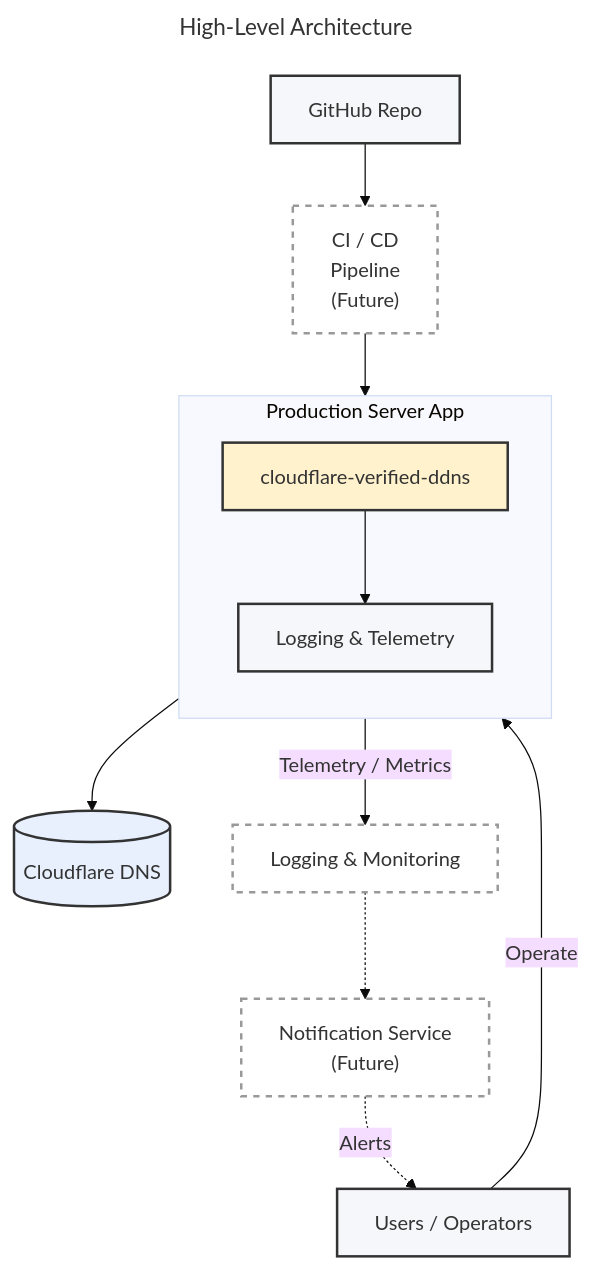
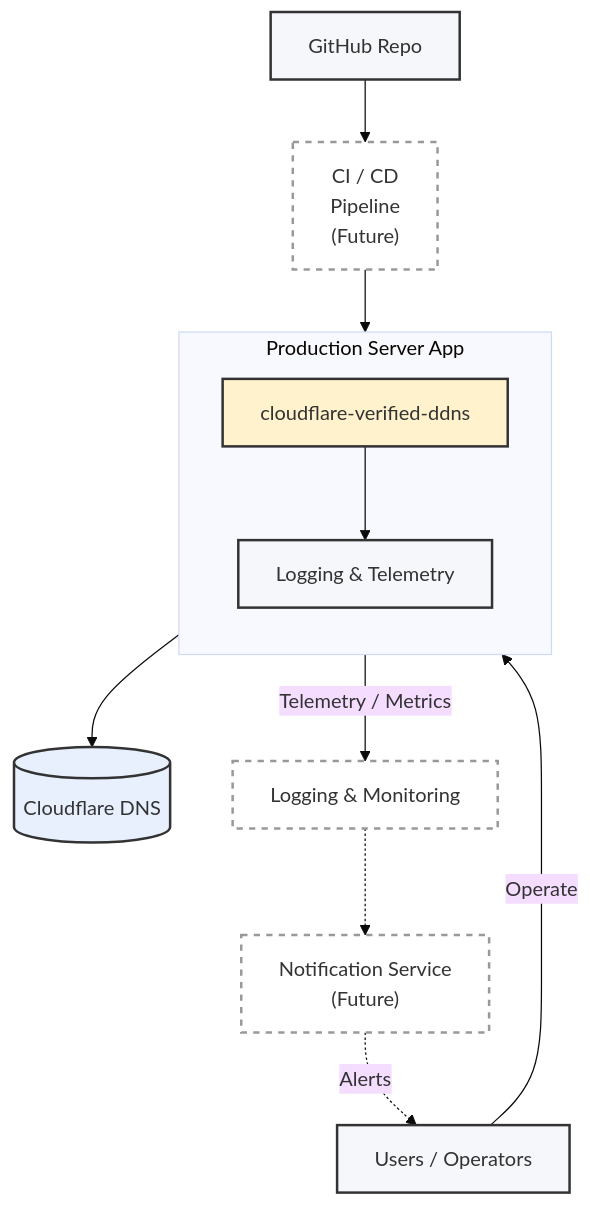
Before and after one commit to bkaewell/cloudflare-verified-ddns: the first of 3 diagrams in docs/ARCHITECTURE.md, drawn with Mermaid (base theme). The commit also changed other lines of this file and 1 other file, not shown here.

Commit message:
Add Readiness FSM mermaid diagram

````diff
--- a/docs/ARCHITECTURE.md
+++ b/docs/ARCHITECTURE.md
@@ -5,48 +5,45 @@
 ```mermaid
----
-title: High-Level Architecture
----
 flowchart TB
     %% Users & Repo
     USERS[Users / Operators]
     REPO[GitHub Repo]
     CICD["CI / CD<br/>Pipeline<br/>(Future)"]
 
     %% Host + Deployed Software
     subgraph APPBOX["Production Server App"]
         direction TB
         DDNS[cloudflare-verified-ddns]
         TLOG[Logging & Telemetry]
     end
 
     %% External Systems
     CF[(Cloudflare DNS)]
     LOGS[Logging & Monitoring]
     NOTIFY["Notification Service<br/>(Future)"]
 
     %% Core Flow
     USERS -->|Operate| DDNS
 
     REPO --> CICD
     CICD --> DDNS
     DDNS --> CF
 
     %% Observability & Feedback
     DDNS --> TLOG
     TLOG -->|Telemetry / Metrics| LOGS
     LOGS -.-> NOTIFY
     NOTIFY -.->|Alerts| USERS    
 
 
     %% Styling
     classDef core fill:#fff2cc,stroke:#333,stroke-width:2px;
     classDef neutral fill:#f5f7fa,stroke:#333,stroke-width:2px;
     classDef cloud fill:#e8f0fe,stroke:#333,stroke-width:2px;
     classDef future fill:#ffffff,stroke:#999,stroke-width:2px,stroke-dasharray: 5 5;
 
     class DDNS core;
     class TLOG neutral;
     class REPO,USERS neutral;
     class CF cloud;
     class CICD,LOGS,NOTIFY future;
 ```
````
